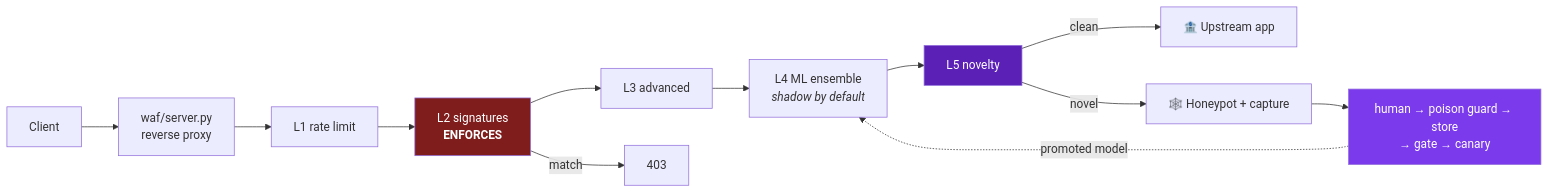
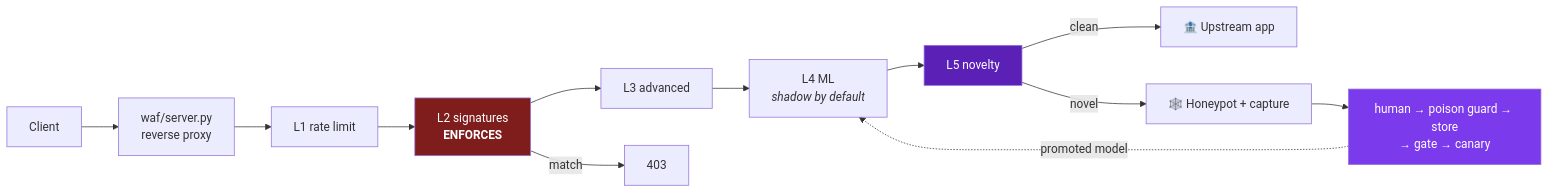
Before and after one commit to SaiBhujbal/Mirage: the first of 7 diagrams in README.md, drawn with Mermaid. The commit also changed other lines of this file and 8 other files, not shown here.

````diff
--- a/README.md
+++ b/README.md
@@ -141,14 +82,14 @@
 ```mermaid
 graph LR
     C["Client"] --> P["waf/server.py<br/>reverse proxy"]
     P --> L1["L1 rate limit"] --> L2["L2 signatures<br/><b>ENFORCES</b>"] --> L3["L3 advanced"]
-    L3 --> L4["L4 ML ensemble<br/><i>shadow by default</i>"] --> L5["L5 novelty"]
+    L3 --> L4["L4 ML<br/><i>shadow by default</i>"] --> L5["L5 novelty"]
     L5 -->|clean| U["🏦 Upstream app"]
     L2 -->|match| B["403"]
     L5 -->|novel| H["🕸️ Honeypot + capture"]
     H --> LOOP["human → poison guard → store<br/>→ gate → canary"]
     LOOP -.->|promoted model| L4
     style L2 fill:#7f1d1d,color:#fff
     style L5 fill:#5b21b6,color:#fff
     style LOOP fill:#7c3aed,color:#fff
 ```
````
